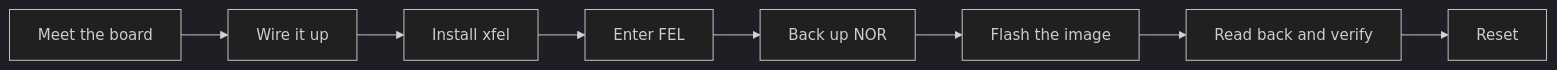
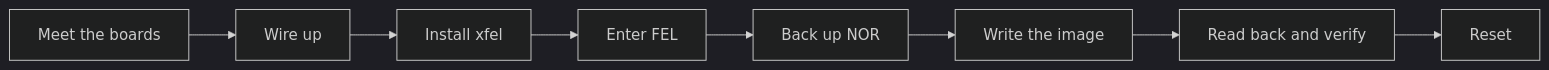
The diagram in docs/src/content/docs/beginner/index.md (YuzukiHD/YuzukiNeko), drawn with Mermaid (dark theme) before and after one commit. The commit also changed other lines of this file and 15 other files, not shown here.

````diff
--- a/docs/src/content/docs/beginner/index.md
+++ b/docs/src/content/docs/beginner/index.md
@@ -124,10 +25,10 @@
 ```mermaid
 flowchart LR
-    A["Meet the board"] --> B["Wire it up"]
+    A["Meet the boards"] --> B["Wire up"]
     B --> C["Install xfel"]
     C --> D["Enter FEL"]
     D --> E["Back up NOR"]
-    E --> F["Flash the image"]
+    E --> F["Write the image"]
     F --> G["Read back and verify"]
     G --> H["Reset"]
 ```
````
